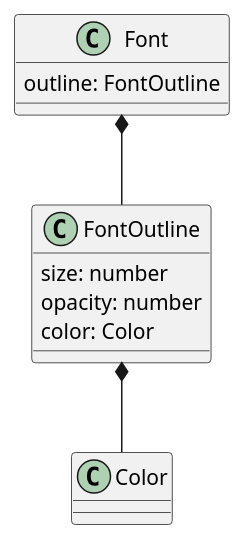
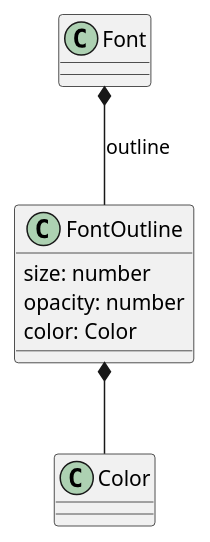
The second of 2 diagrams in 1-core/sections/clause_10_labeling.adoc (opengeospatial/cartographic-symbology), drawn with PlantUML before and after one commit. The commit also changed other lines of this file and 2 other files, not shown here.

Commit message:
Vector, coverage and labeling UML: show the listed properties as associations only

```diff
--- a/1-core/sections/clause_10_labeling.adoc
+++ b/1-core/sections/clause_10_labeling.adoc
@@ -66,12 +64,11 @@
 [plantuml, target=diagram-classes, format=png]
 ....
 @startuml
-Font *-- FontOutline
-Font : outline: FontOutline
+Font *-- FontOutline : outline
 
 FontOutline : size: number
 FontOutline : opacity: number
 FontOutline : color: Color
 FontOutline *-- Color
 @enduml
 ....
```
